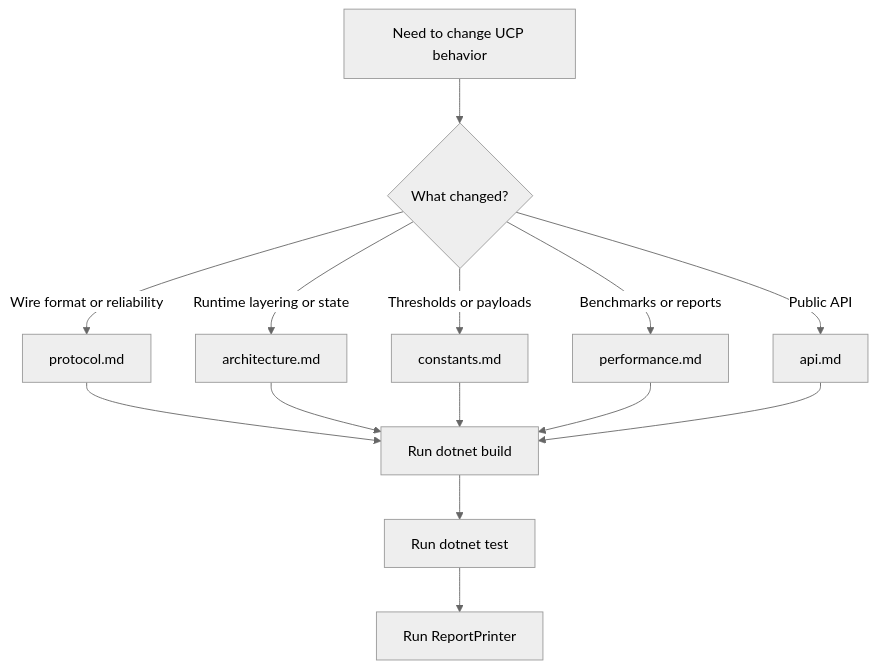
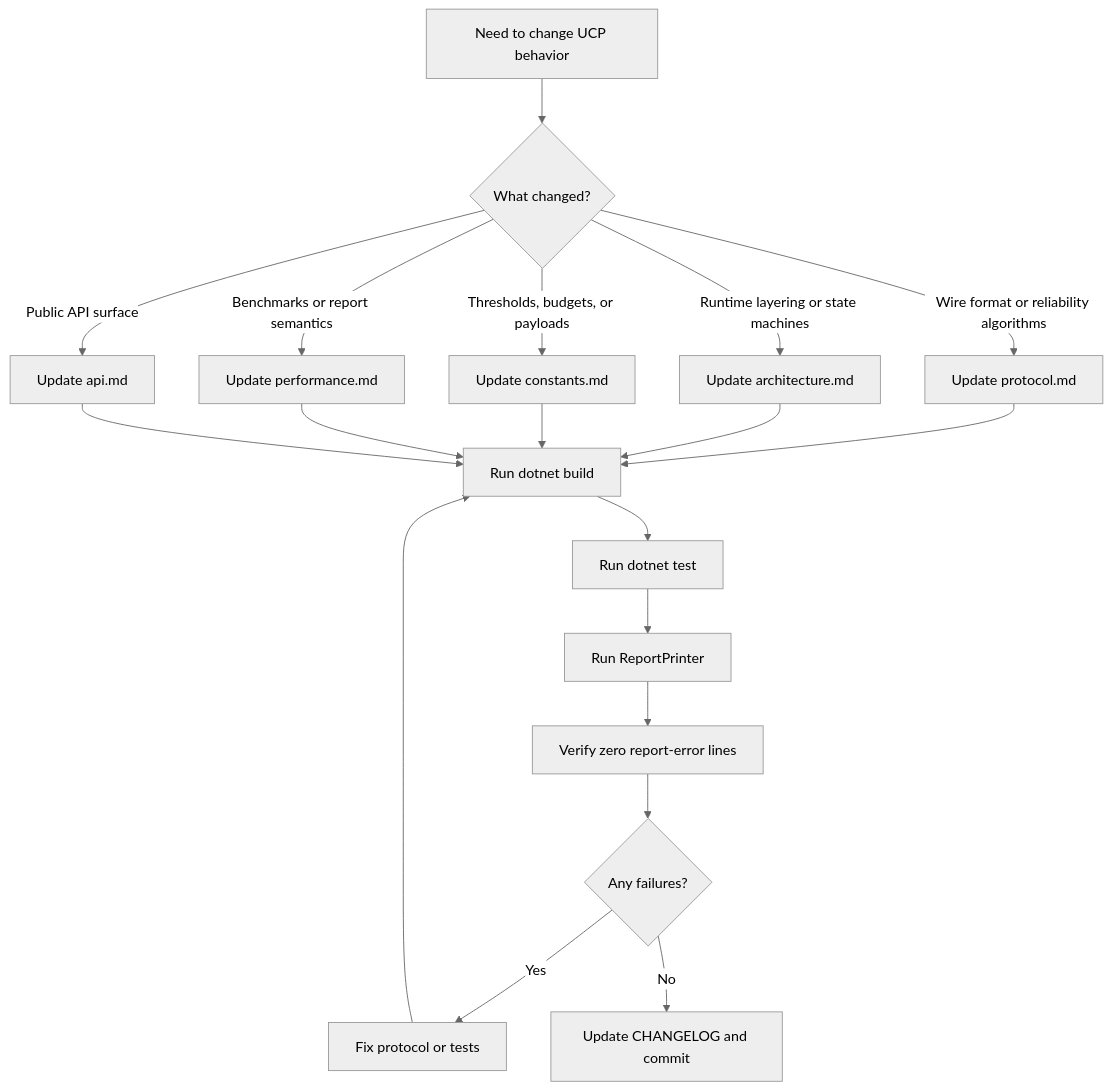
One commit to liulilittle/ucp changed the third of 3 diagrams in docs/index.md. Above: the diagram before and after it, drawn with Mermaid (neutral theme). The commit also changed other lines of this file and 17 other files, not shown here.

````diff
--- a/docs/index.md
+++ b/docs/index.md
@@ -29,16 +199,21 @@
 ```mermaid
 flowchart TD
     A[Need to change UCP behavior] --> B{What changed?}
-    B -->|Wire format or reliability| C[protocol.md]
-    B -->|Runtime layering or state| D[architecture.md]
-    B -->|Thresholds or payloads| E[constants.md]
-    B -->|Benchmarks or reports| F[performance.md]
-    B -->|Public API| G[api.md]
+    B -->|Wire format or reliability algorithms| C[Update protocol.md]
+    B -->|Runtime layering or state machines| D[Update architecture.md]
+    B -->|Thresholds, budgets, or payloads| E[Update constants.md]
+    B -->|Benchmarks or report semantics| F[Update performance.md]
+    B -->|Public API surface| G[Update api.md]
     C --> H[Run dotnet build]
     D --> H
     E --> H
     F --> H
     G --> H
     H --> I[Run dotnet test]
     I --> J[Run ReportPrinter]
+    J --> K[Verify zero report-error lines]
+    K --> L{Any failures?}
+    L -->|Yes| M[Fix protocol or tests]
+    L -->|No| N[Update CHANGELOG and commit]
+    M --> H
 ```
````
